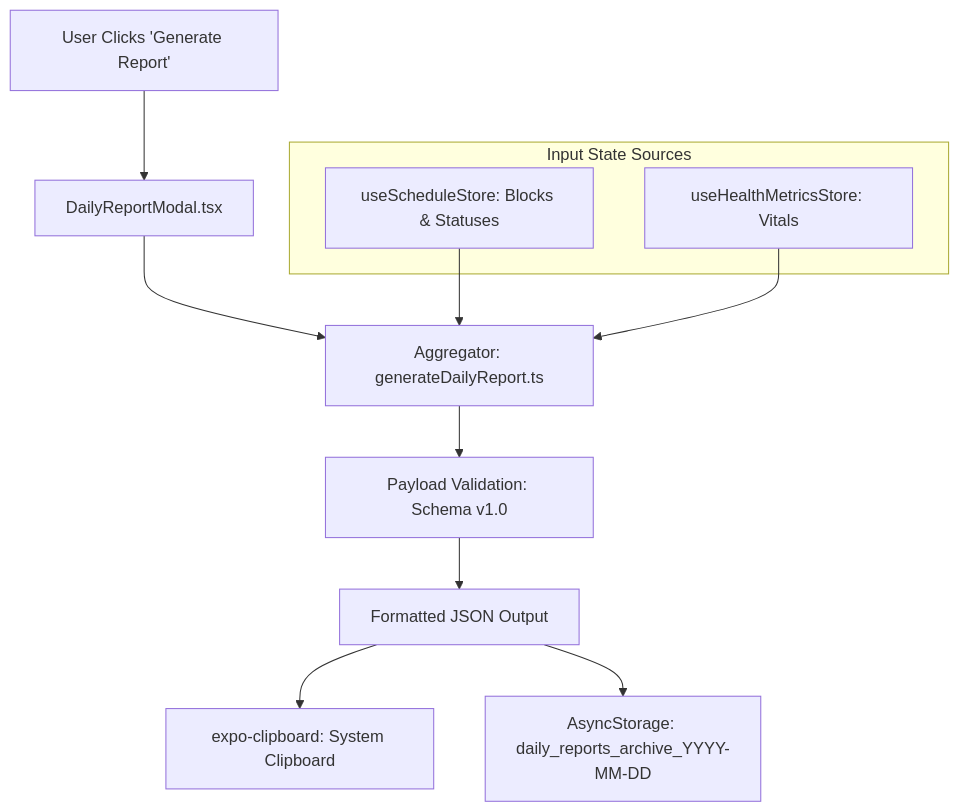
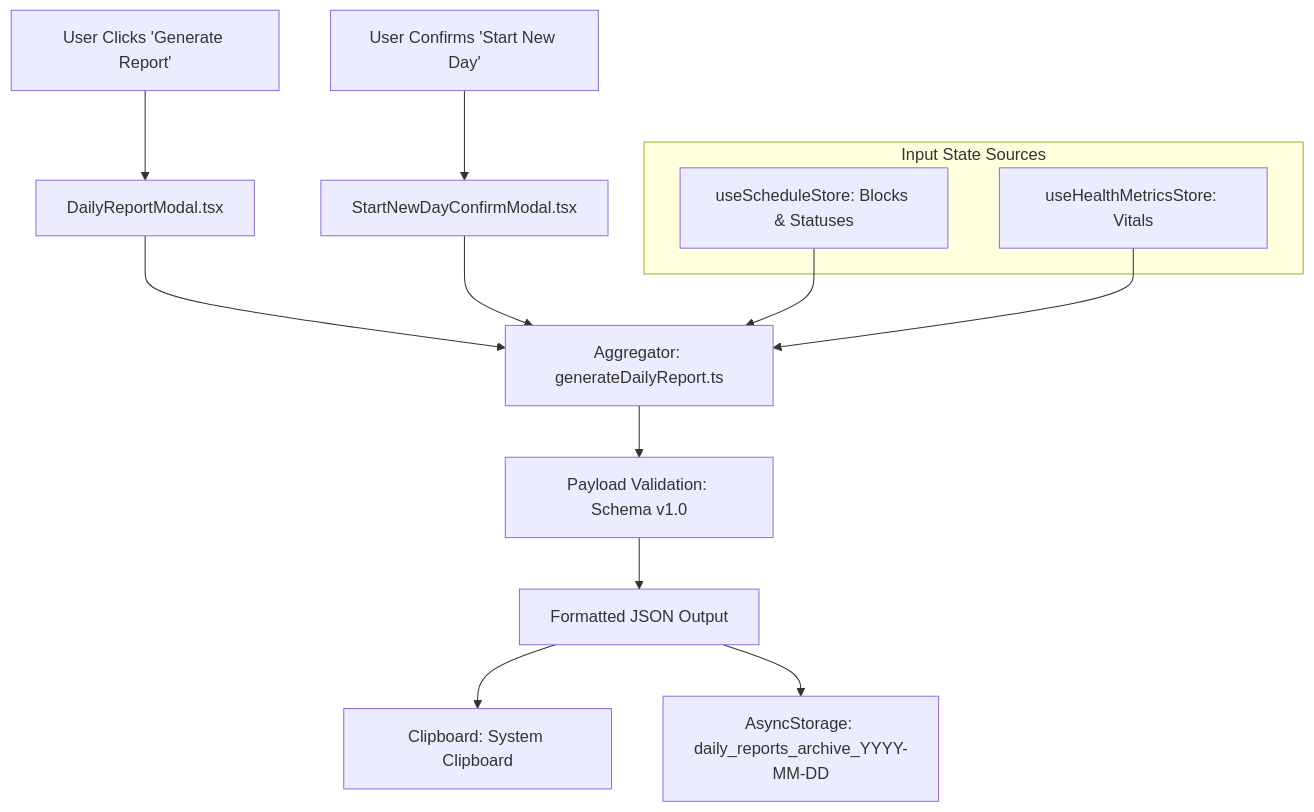
One commit to Michlipski/personal-dashboard changed the diagram in docs/technical-documentation/stage-1/daily-report-service.md. Above: the diagram before and after it, drawn with Mermaid. The commit also changed other lines of this file and 92 other files, not shown here.

````diff
--- a/docs/technical-documentation/stage-1/daily-report-service.md
+++ b/docs/technical-documentation/stage-1/daily-report-service.md
@@ -13,19 +13,22 @@
 ```mermaid
 graph TD
-    Trigger[User Clicks 'Generate Report'] --> Modal[DailyReportModal.tsx]
+    TriggerReport[User Clicks 'Generate Report'] --> Modal[DailyReportModal.tsx]
     Modal --> Aggregator[Aggregator: generateDailyReport.ts]
     
+    TriggerNewDay[User Confirms 'Start New Day'] --> Rollover[StartNewDayConfirmModal.tsx]
+    Rollover --> Aggregator
+
     subgraph Sources [Input State Sources]
         ScheduleStore[useScheduleStore: Blocks & Statuses]
         HealthStore[useHealthMetricsStore: Vitals]
     end
     
     ScheduleStore --> Aggregator
     HealthStore --> Aggregator
     
     Aggregator --> SchemaValidation[Payload Validation: Schema v1.0]
     SchemaValidation --> FormattedJson[Formatted JSON Output]
     
-    FormattedJson --> Clipboard[expo-clipboard: System Clipboard]
+    FormattedJson --> Clipboard[Clipboard: System Clipboard]
     FormattedJson --> LocalArchive[AsyncStorage: daily_reports_archive_YYYY-MM-DD]
 ```
````
